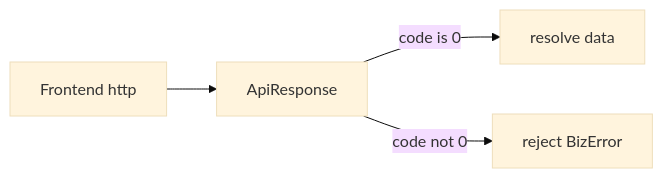
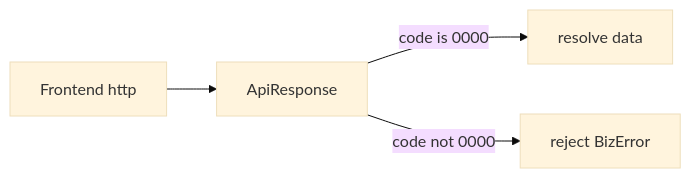
Before and after one commit to jiangbyte/light: the fourth of 5 diagrams in README.md, drawn with Mermaid (base theme). The commit also changed other lines of this file and 9 other files, not shown here.

````diff
--- a/README.md
+++ b/README.md
@@ -165,6 +173,6 @@
 ```mermaid
 flowchart LR
   Client[Frontend http] --> Resp["ApiResponse"]
-  Resp -->|"code is 0"| Data[resolve data]
-  Resp -->|"code not 0"| Err[reject BizError]
+  Resp -->|"code is 0000"| Data[resolve data]
+  Resp -->|"code not 0000"| Err[reject BizError]
 ```
````
